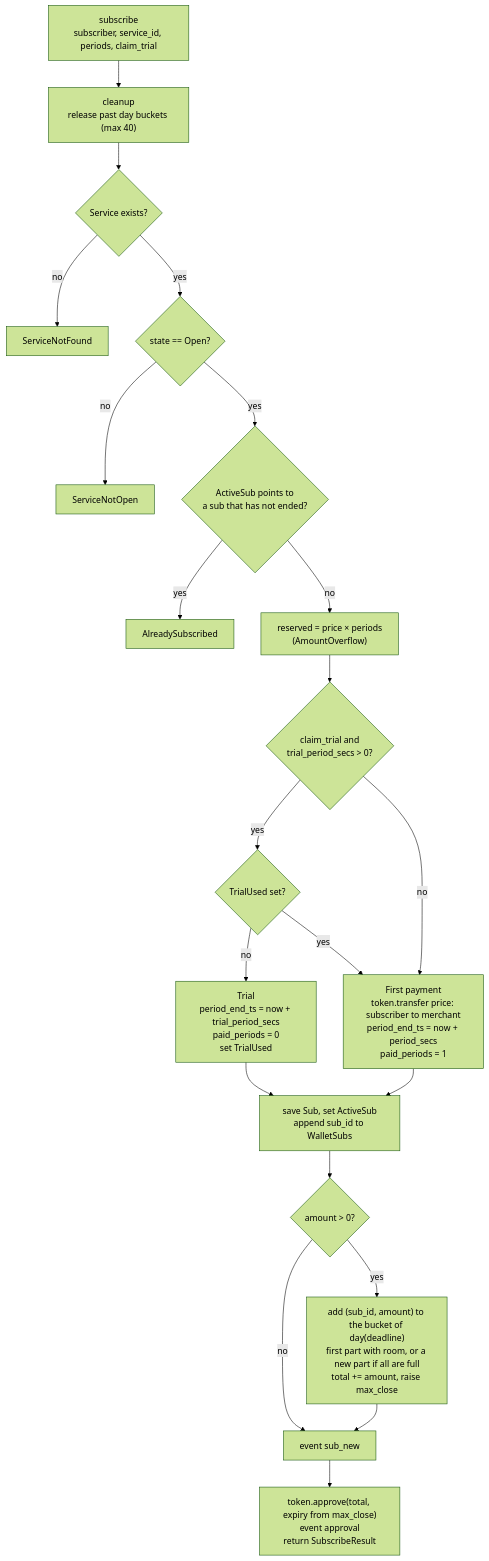
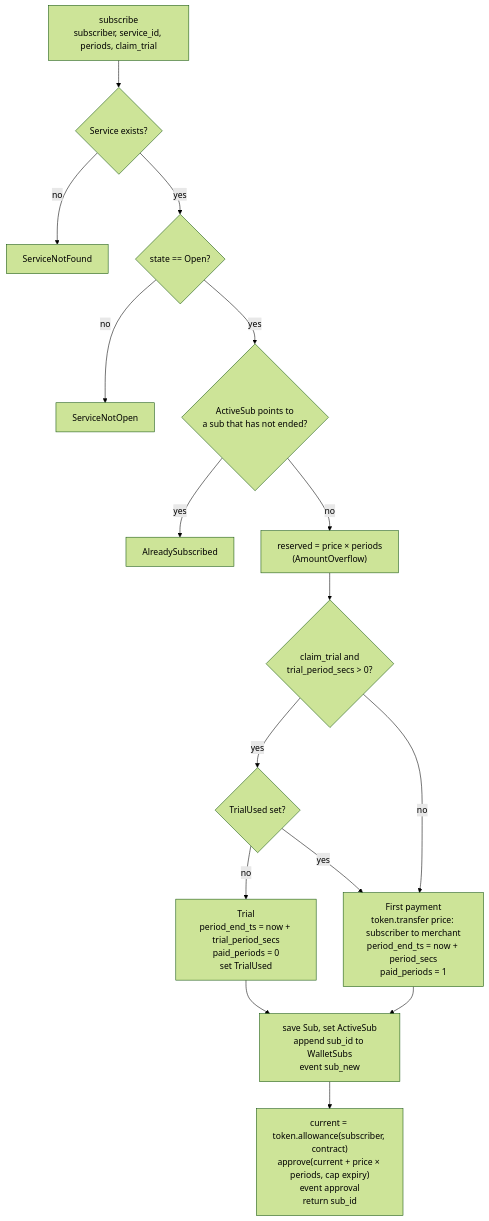
The second of 5 diagrams in PiRC2/2-overview.md (PiNetwork/PiRC), drawn with Mermaid (forest theme) before and after one commit. The commit also changed other lines of this file and 8 other files, not shown here.

````diff
--- a/PiRC2/2-overview.md
+++ b/PiRC2/2-overview.md
@@ -57,23 +58,18 @@
 ```mermaid
 flowchart TD
-  A[subscribe<br/>subscriber, service_id, periods, claim_trial] --> CL["cleanup<br/>release past day buckets (max 40)"]
-  CL --> B{Service exists?}
+  A[subscribe<br/>subscriber, service_id, periods, claim_trial] --> B{Service exists?}
   B -- no --> E1[ServiceNotFound]
   B -- yes --> C{state == Open?}
   C -- no --> E2[ServiceNotOpen]
   C -- yes --> D{ActiveSub points to<br/>a sub that has not ended?}
   D -- yes --> E3[AlreadySubscribed]
   D -- no --> RS["reserved = price × periods<br/>(AmountOverflow)"]
   RS --> H{claim_trial and<br/>trial_period_secs > 0?}
   H -- yes --> I{TrialUsed set?}
   I -- no --> T["Trial<br/>period_end_ts = now + trial_period_secs<br/>paid_periods = 0<br/>set TrialUsed"]
   I -- yes --> P
   H -- no --> P["First payment<br/>token.transfer price: subscriber to merchant<br/>period_end_ts = now + period_secs<br/>paid_periods = 1"]
-  T --> R["save Sub, set ActiveSub<br/>append sub_id to WalletSubs"]
+  T --> R["save Sub, set ActiveSub<br/>append sub_id to WalletSubs<br/>event sub_new"]
   P --> R
-  R --> K{amount > 0?}
-  K -- yes --> BK["add (sub_id, amount) to the bucket of day(deadline)<br/>first part with room, or a new part if all are full<br/>total += amount, raise max_close"]
-  K -- no --> EV
-  BK --> EV[event sub_new]
-  EV --> AP["token.approve(total, expiry from max_close)<br/>event approval<br/>return SubscribeResult"]
+  R --> AP["current = token.allowance(subscriber, contract)<br/>approve(current + price × periods, cap expiry)<br/>event approval<br/>return sub_id"]
 ```
````
